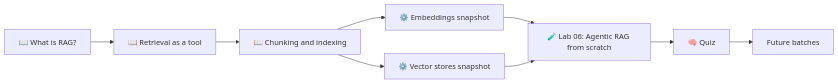
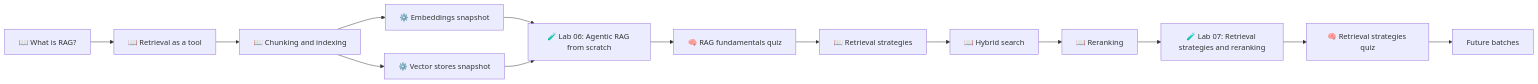
One commit to MHHamdan/Agentic-AI-Engineer changed the diagram in learning-paths/02-agentic-rag/README.md. Above: the diagram before and after it, drawn with Mermaid. The commit also changed other lines of this file and 10 other files, not shown here.

First line of the commit message:
feat(path-02): add retrieval strategies + hybrid search + reranking (Lab 07)

````diff
--- a/learning-paths/02-agentic-rag/README.md
+++ b/learning-paths/02-agentic-rag/README.md
@@ -37,11 +40,16 @@
 ```mermaid
 flowchart LR
     A[📖 What is RAG?] --> B[📖 Retrieval as a tool]
     B --> C[📖 Chunking and indexing]
     C --> S1[⚙️ Embeddings snapshot]
     C --> S2[⚙️ Vector stores snapshot]
-    S1 --> L[🧪 Lab 06: Agentic RAG from scratch]
-    S2 --> L
-    L --> Q[🧠 Quiz]
-    Q --> N[Future batches]
+    S1 --> L6[🧪 Lab 06: Agentic RAG from scratch]
+    S2 --> L6
+    L6 --> Q1[🧠 RAG fundamentals quiz]
+    Q1 --> RS[📖 Retrieval strategies]
+    RS --> HS[📖 Hybrid search]
+    HS --> RR[📖 Reranking]
+    RR --> L7[🧪 Lab 07: Retrieval strategies and reranking]
+    L7 --> Q2[🧠 Retrieval strategies quiz]
+    Q2 --> N[Future batches]
 ```
````
